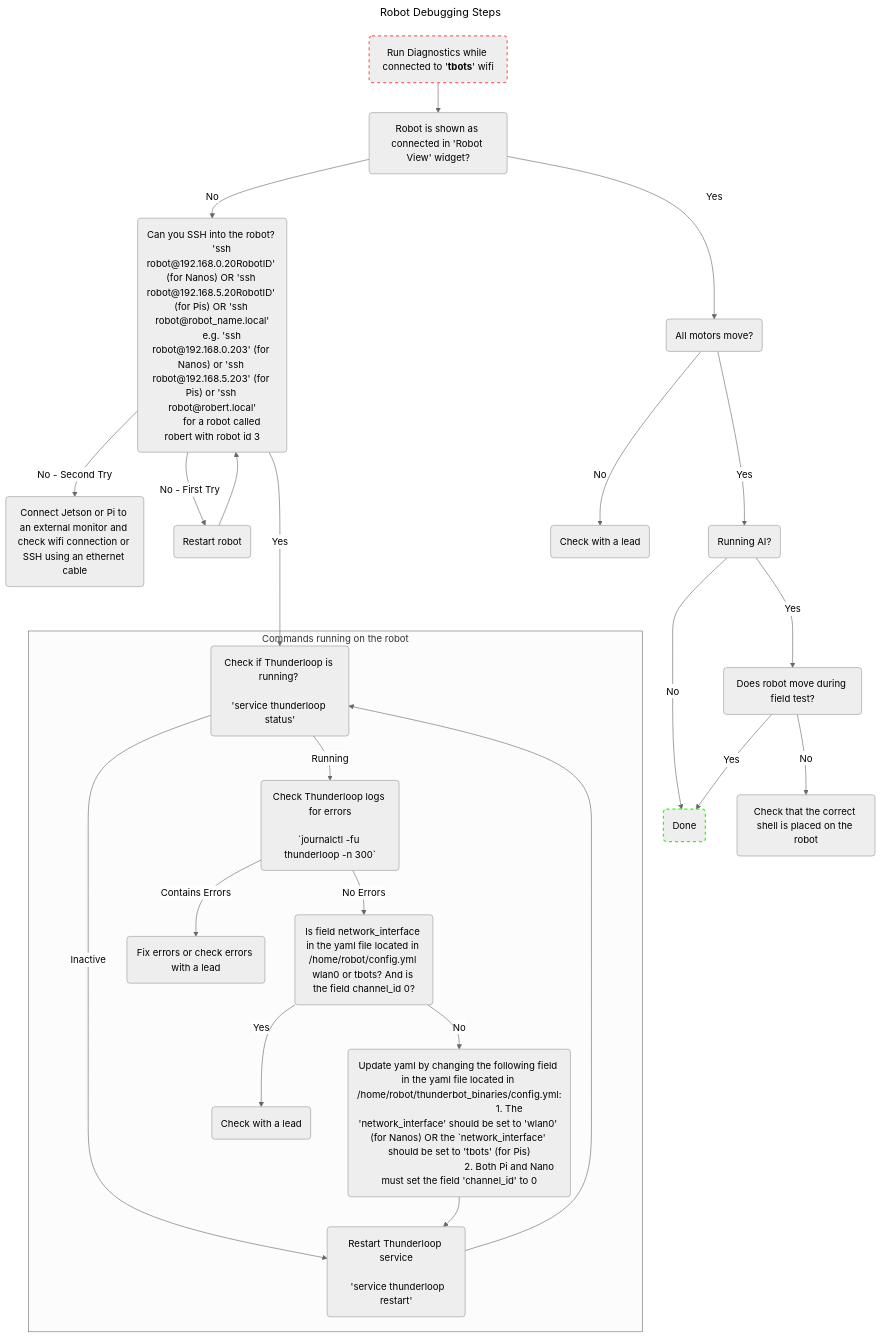
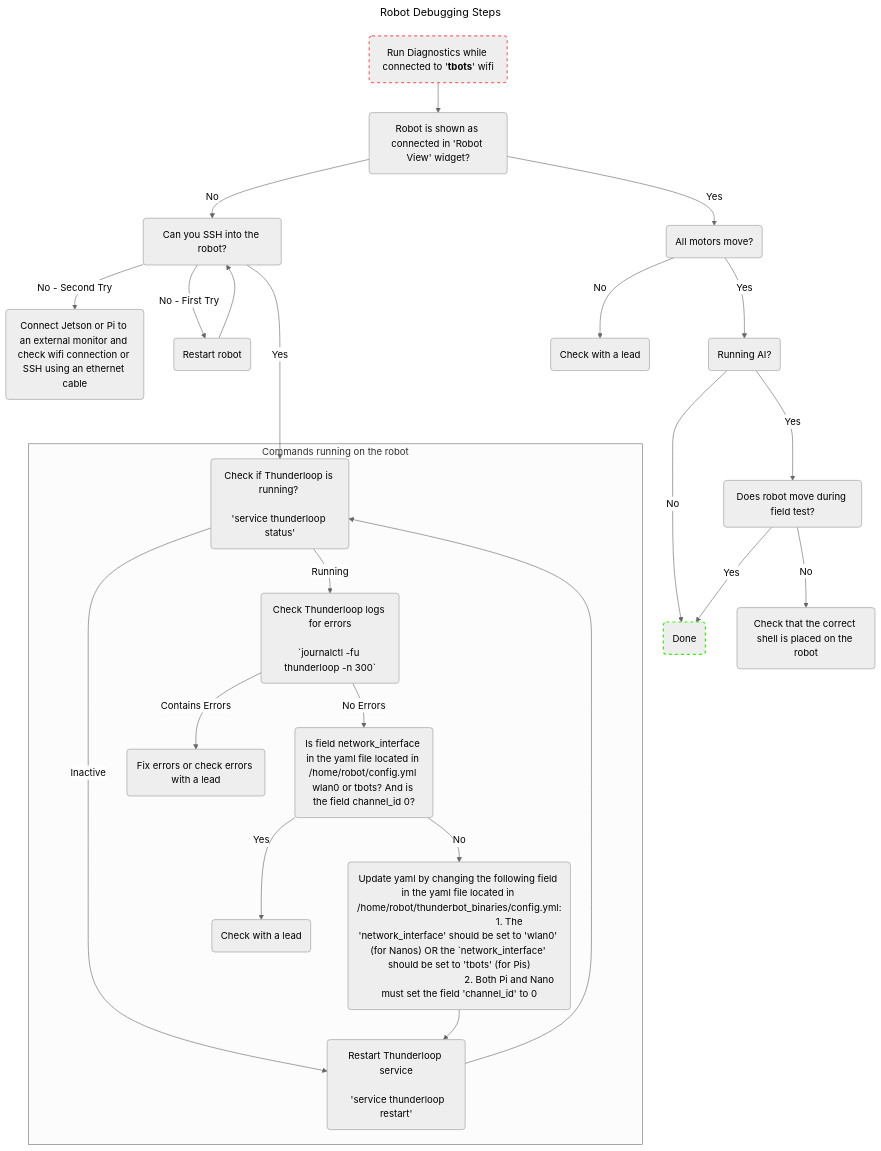
The diagram in docs/useful-robot-commands.md (UBC-Thunderbots/Software), drawn with Mermaid (neutral theme) before and after one commit.

Commit message:
udpated ssh command

````diff
--- a/docs/useful-robot-commands.md
+++ b/docs/useful-robot-commands.md
@@ -29,47 +29,44 @@
 ```mermaid
 ---
 title: Robot Debugging Steps
 ---
 flowchart TD
-    ssh("Can you SSH into the robot? 
-        'ssh robot@192.168.0.20RobotID' (for Nanos) OR 'ssh robot@192.168.5.20RobotID' (for Pis) OR 'ssh robot@robot_name.local'
-        e.g. 'ssh robot@192.168.0.203' (for Nanos) or 'ssh robot@192.168.5.203' (for Pis) or 'ssh robot@robert.local'
-        for a robot called robert with robot id 3")
+    ssh("Can you SSH into the robot?")
     ssh ---> |Yes| tloop_status
     ssh --> |No - Second Try| monitor("Connect Jetson or Pi to an external monitor and check wifi connection or SSH using an ethernet cable")
     ssh --> |No - First Try| restart(Restart robot)
     restart --> ssh
 
     diagnostics("`Run Diagnostics while connected to '**tbots**' wifi`") --> robot_view
     robot_view(Robot is shown as connected in 'Robot View' widget?) --> |Yes| check_motors(All motors move?)
     style diagnostics stroke:#f66,stroke-width:2px,stroke-dasharray: 5 5
 
     check_motors -->|Yes| field_test(Running AI?)
     field_test -->|No| done(Done)
     style done stroke:#30fa02,stroke-width:2px,stroke-dasharray: 5 5
     field_test -->|Yes| field_test_moves(Does robot move during field test?)
     field_test_moves --> |No| check_shell("`Check that the correct shell is placed on the robot`")
     check_shell
     field_test_moves --> |Yes| done
 
     robot_view --> |No| ssh
     check_motors -->|No| rip
     rip(Check with a lead)
                   
     subgraph ssh_graph [Commands running on the robot]
     tloop_status(Check if Thunderloop is running? 
                                'service thunderloop status')
     tloop_status --> |Inactive| tloop_restart(Restart Thunderloop service
                                               'service thunderloop restart')
     tloop_status --> |Running| tloop_logs(Check Thunderloop logs for errors
                                           `journalctl -fu thunderloop -n 300`)
     tloop_logs --> |No Errors| check_yaml(Is field network_interface in the yaml file located in /home/robot/config.yml wlan0 or tbots? And is the field channel_id 0?)
     tloop_logs --> |Contains Errors| rip2("Fix errors or check errors with a lead")
     check_yaml --> |No| update_yaml("Update yaml by changing the following field in the yaml file located in /home/robot/thunderbot_binaries/config.yml:
                                       1. The 'network_interface' should be set to 'wlan0' (for Nanos) OR the `network_interface' should be set to 'tbots' (for Pis)
                                       2. Both Pi and Nano must set the field 'channel_id' to 0")
     check_yaml --> |Yes| rip3(Check with a lead)
     update_yaml --> tloop_restart
     tloop_restart --> tloop_status
     end
 ```
````
